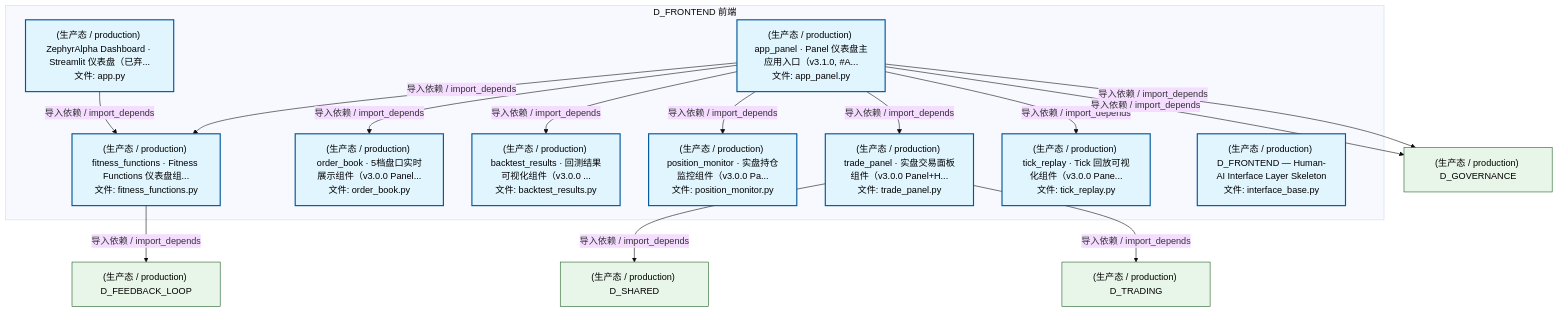
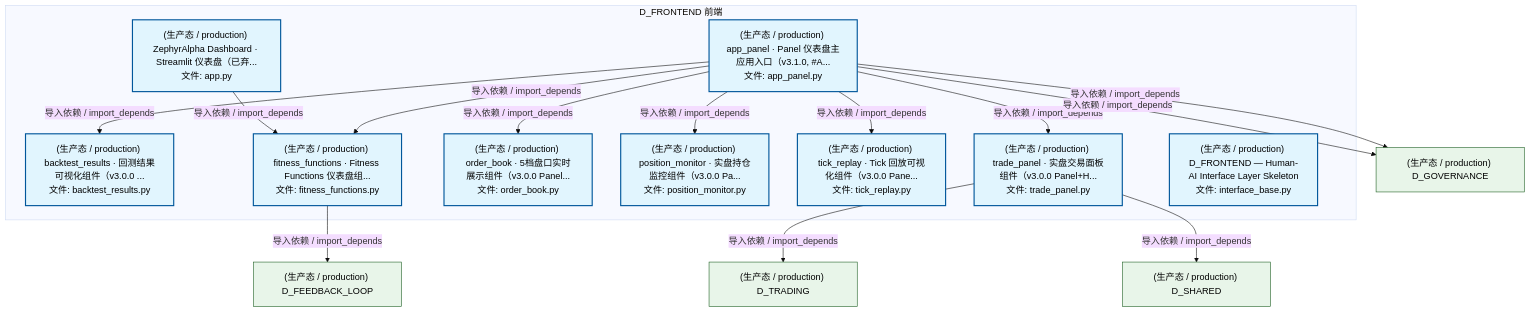
One commit to xuanFelixVan/ZephyrAlpha changed the second of 5 diagrams in docs/02_enterprise_architecture/02_domain_architecture_docs/15_d_frontend.md. Above: the diagram before and after it, drawn with Mermaid (base theme). The commit also changed 95 other files, not shown here.

````diff
--- a/docs/02_enterprise_architecture/02_domain_architecture_docs/15_d_frontend.md
+++ b/docs/02_enterprise_architecture/02_domain_architecture_docs/15_d_frontend.md
@@ -165,36 +165,36 @@
 ```mermaid
 graph TD
     subgraph D_FRONTEND["D_FRONTEND 前端"]
         src_zephyr_frontend_dashboard_app_py["(生产态 / production) ZephyrAlpha Dashboard · Streamlit 仪表盘（已弃...<br/>文件: app.py"]
         src_zephyr_frontend_dashboard_app_panel_py["(生产态 / production) app_panel · Panel 仪表盘主应用入口（v3.1.0, #A...<br/>文件: app_panel.py"]
         src_zephyr_frontend_dashboard_components_backtest_results_py["(生产态 / production) backtest_results · 回测结果可视化组件（v3.0.0 ...<br/>文件: backtest_results.py"]
         src_zephyr_frontend_dashboard_components_fitness_functions_py["(生产态 / production) fitness_functions · Fitness Functions 仪表盘组...<br/>文件: fitness_functions.py"]
         src_zephyr_frontend_dashboard_components_order_book_py["(生产态 / production) order_book · 5档盘口实时展示组件（v3.0.0 Panel...<br/>文件: order_book.py"]
         src_zephyr_frontend_dashboard_components_position_monitor_py["(生产态 / production) position_monitor · 实盘持仓监控组件（v3.0.0 Pa...<br/>文件: position_monitor.py"]
         src_zephyr_frontend_dashboard_components_tick_replay_py["(生产态 / production) tick_replay · Tick 回放可视化组件（v3.0.0 Pane...<br/>文件: tick_replay.py"]
         src_zephyr_frontend_dashboard_components_trade_panel_py["(生产态 / production) trade_panel · 实盘交易面板组件（v3.0.0 Panel+H...<br/>文件: trade_panel.py"]
         src_zephyr_frontend_interface_base_py["(生产态 / production) D_FRONTEND — Human-AI Interface Layer Skeleton<br/>文件: interface_base.py"]
     end
     src_zephyr_frontend_dashboard_app_py -->|导入依赖 / import_depends| src_zephyr_frontend_dashboard_components_fitness_functions_py
+    src_zephyr_frontend_dashboard_app_panel_py -->|导入依赖 / import_depends| src_zephyr_frontend_dashboard_components_backtest_results_py
     src_zephyr_frontend_dashboard_app_panel_py -->|导入依赖 / import_depends| src_zephyr_frontend_dashboard_components_fitness_functions_py
+    src_zephyr_frontend_dashboard_app_panel_py -->|导入依赖 / import_depends| src_zephyr_frontend_dashboard_components_position_monitor_py
     src_zephyr_frontend_dashboard_app_panel_py -->|导入依赖 / import_depends| src_zephyr_frontend_dashboard_components_order_book_py
-    src_zephyr_frontend_dashboard_app_panel_py -->|导入依赖 / import_depends| src_zephyr_frontend_dashboard_components_backtest_results_py
-    src_zephyr_frontend_dashboard_app_panel_py -->|导入依赖 / import_depends| src_zephyr_frontend_dashboard_components_position_monitor_py
     src_zephyr_frontend_dashboard_app_panel_py -->|导入依赖 / import_depends| src_zephyr_frontend_dashboard_components_trade_panel_py
     src_zephyr_frontend_dashboard_app_panel_py -->|导入依赖 / import_depends| src_zephyr_frontend_dashboard_components_tick_replay_py
     D_GOVERNANCE["(生产态 / production) D_GOVERNANCE"]
     src_zephyr_frontend_dashboard_app_panel_py -->|导入依赖 / import_depends| D_GOVERNANCE
+    src_zephyr_frontend_dashboard_app_panel_py -->|导入依赖 / import_depends| D_GOVERNANCE
     D_FEEDBACK_LOOP["(生产态 / production) D_FEEDBACK_LOOP"]
     src_zephyr_frontend_dashboard_components_fitness_functions_py -->|导入依赖 / import_depends| D_FEEDBACK_LOOP
+    D_TRADING["(生产态 / production) D_TRADING"]
+    src_zephyr_frontend_dashboard_components_trade_panel_py -->|导入依赖 / import_depends| D_TRADING
     D_SHARED["(生产态 / production) D_SHARED"]
     src_zephyr_frontend_dashboard_components_trade_panel_py -->|导入依赖 / import_depends| D_SHARED
-    src_zephyr_frontend_dashboard_app_panel_py -->|导入依赖 / import_depends| D_GOVERNANCE
-    D_TRADING["(生产态 / production) D_TRADING"]
-    src_zephyr_frontend_dashboard_components_trade_panel_py -->|导入依赖 / import_depends| D_TRADING
     classDef production fill:#e1f5fe,stroke:#01579b,stroke-width:2px,color:#000
     classDef design fill:#fff3e0,stroke:#e65100,stroke-width:2px,color:#000,stroke-dasharray: 5 5
     classDef external_prod fill:#e8f5e9,stroke:#1b5e20,stroke-width:1px,color:#000
     classDef external_design fill:#fce4ec,stroke:#880e4f,stroke-width:1px,color:#000,stroke-dasharray: 5 5
     class src_zephyr_frontend_dashboard_app_py,src_zephyr_frontend_dashboard_app_panel_py,src_zephyr_frontend_dashboard_components_backtest_results_py,src_zephyr_frontend_dashboard_components_fitness_functions_py,src_zephyr_frontend_dashboard_components_order_book_py,src_zephyr_frontend_dashboard_components_position_monitor_py,src_zephyr_frontend_dashboard_components_tick_replay_py,src_zephyr_frontend_dashboard_components_trade_panel_py,src_zephyr_frontend_interface_base_py production
-    class D_GOVERNANCE,D_FEEDBACK_LOOP,D_SHARED,D_TRADING external_prod
+    class D_GOVERNANCE,D_FEEDBACK_LOOP,D_TRADING,D_SHARED external_prod
 ```
````
